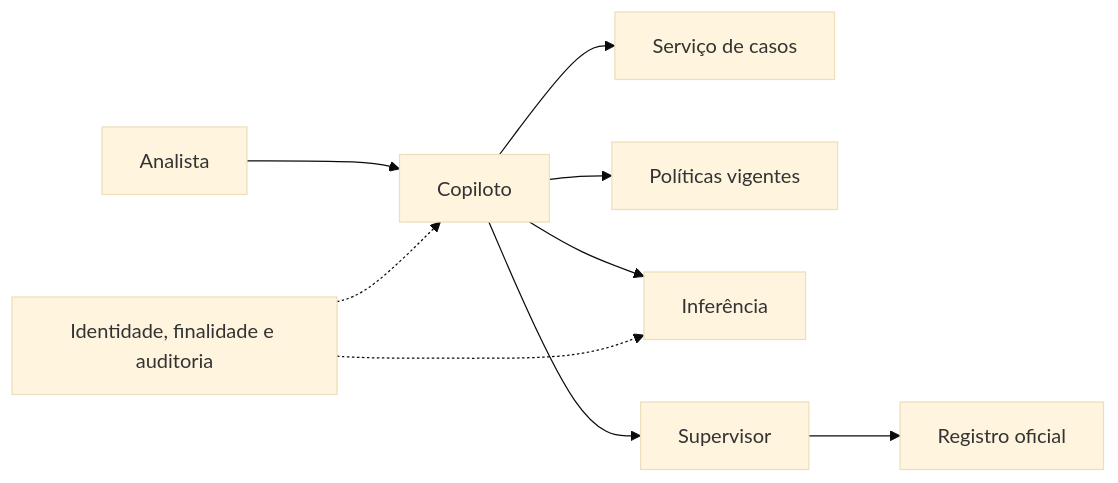
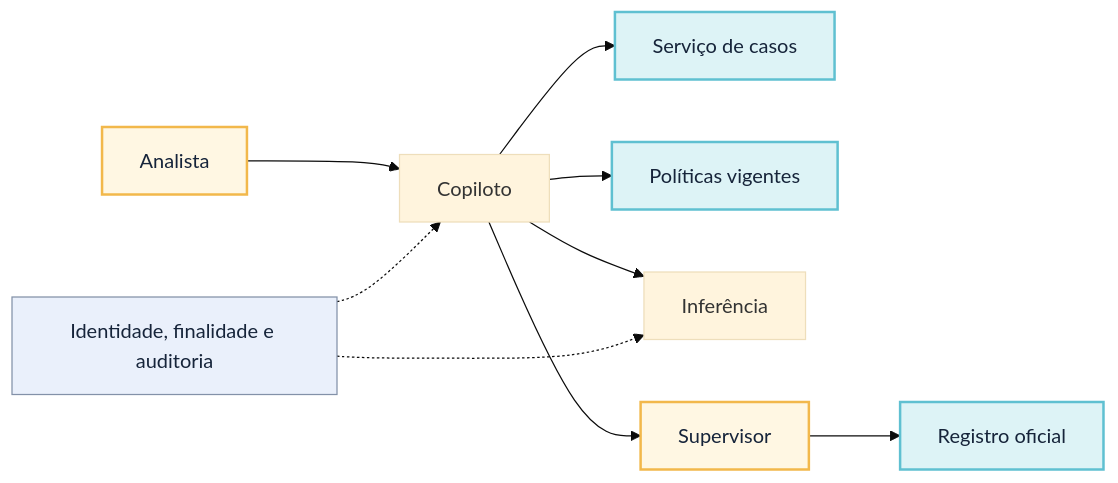
Before and after one commit to aulas-marco/arquitetura-solucoes-ia-generativa: the first of 3 diagrams in docs/modulo-2-desenho-conceitual/exemplo-arquitetural.md, drawn with Mermaid (base theme). The commit also changed other lines of this file and 3 other files, not shown here.

First line of the commit message:
Adiciona cores semânticas aos diagramas e explica as seções analíticas do exemplo arquitetural

````diff
--- a/docs/modulo-2-desenho-conceitual/exemplo-arquitetural.md
+++ b/docs/modulo-2-desenho-conceitual/exemplo-arquitetural.md
@@ -31,11 +31,18 @@
 ```mermaid
 flowchart LR
     A[Analista] --> C[Copiloto]
     C --> S[Serviço de casos]
     C --> P[Políticas vigentes]
     C --> I[Inferência]
     C --> U[Supervisor]
     U --> R[Registro oficial]
     G[Identidade, finalidade e auditoria] -.-> C
     G -.-> I
+
+    classDef humano fill:#FFF7E3,stroke:#F2B84B,stroke-width:2px,color:#16243A;
+    classDef dados fill:#DDF3F6,stroke:#5FC0D1,stroke-width:2px,color:#16243A;
+    classDef controle fill:#EAF0FB,stroke:#8391A8,color:#16243A;
+    class A,U humano;
+    class S,P,R dados;
+    class G controle;
 ```
````
